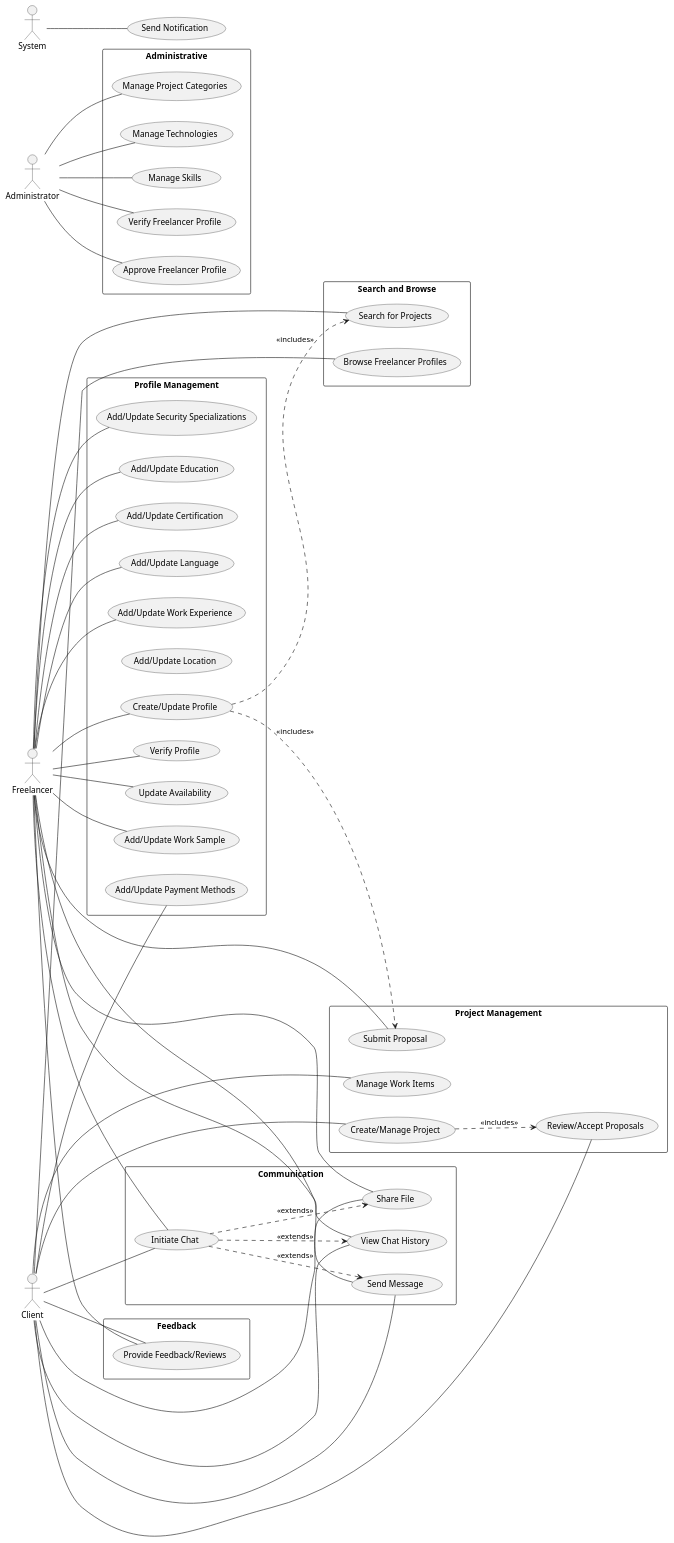
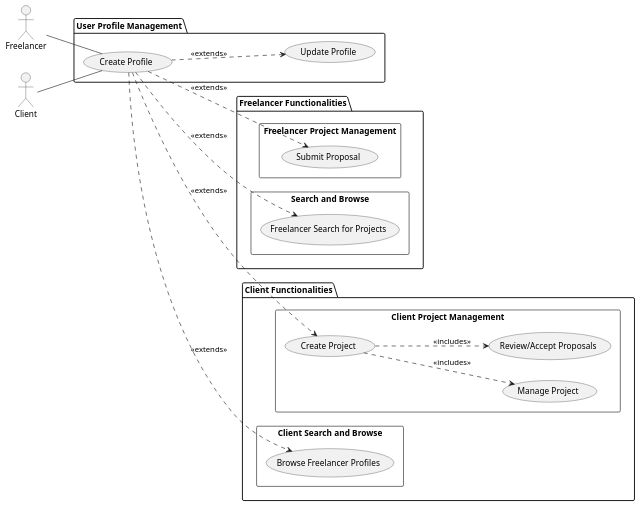
The diagram in docs/casosdeuso.puml (lucasneiva/armoredcode), drawn with PlantUML before and after one commit. The commit also changed 3 other files, not shown here.

```diff
--- a/docs/casosdeuso.puml
+++ b/docs/casosdeuso.puml
@@ -1,100 +1,42 @@
-@startuml teste
-
+@startuml usecase diagram
 left to right direction
 
 actor Freelancer
 actor Client
-actor Administrator
-actor System
 
-usecase "Send Notification" as UC44
-
-System -- UC44 
-
-rectangle "Profile Management" {
-  usecase "Create/Update Profile" as UC1
-  usecase "Verify Profile" as UC31
-  usecase "Update Availability" as UC3
-  usecase "Add/Update Work Sample" as UC2
-  usecase "Add/Update Security Specializations" as UC4
-  usecase "Add/Update Location"
-  usecase "Add/Update Education" as UC26
-  usecase "Add/Update Certification" as UC27
-  usecase "Add/Update Language" as UC28
-  usecase "Add/Update Work Experience" as UC29
-  usecase "Add/Update Payment Methods" as UC20
+package "User Profile Management" {
+  usecase "Create Profile" as UC1
+  usecase "Update Profile" as UC3 
 }
 
-rectangle "Project Management" {
-  usecase "Submit Proposal" as UC6
-  usecase "Create/Manage Project" as UC7
-  usecase "Manage Work Items" as UC8
-  usecase "Review/Accept Proposals" as UC9
+package "Freelancer Functionalities" {
+  rectangle "Freelancer Project Management" {
+    usecase "Submit Proposal" as UC6 
+  }
+  rectangle "Search and Browse" {
+    usecase "Freelancer Search for Projects" as UC5
+  }
 }
 
-rectangle "Communication" {
-  usecase "Initiate Chat" as UC10
-  usecase "Send Message" as UC11
-  usecase "Share File" as UC12
-  usecase "View Chat History" as UC13
-}
-
-rectangle "Feedback" {
-  usecase "Provide Feedback/Reviews" as UC17
-}
-
-rectangle "Administrative" {
-  usecase "Manage Project Categories" as UC22
-  usecase "Manage Technologies" as UC33
-  usecase "Manage Skills" as UC37
-  usecase "Verify Freelancer Profile" as UC34
-  usecase "Approve Freelancer Profile" as UC35
-}
-
-rectangle "Search and Browse" {
-  usecase "Search for Projects" as UC5
-  usecase "Browse Freelancer Profiles" as UC25
+package "Client Functionalities" {
+  rectangle "Client Project Management" {
+    usecase "Create Project" as UC7
+    usecase "Manage Project" as UC8
+    usecase "Review/Accept Proposals" as UC9
+  }
+  rectangle "Client Search and Browse" {
+    usecase "Browse Freelancer Profiles" as UC25
+  } 
 }
 
 Freelancer -- UC1
-Freelancer -- UC2
-Freelancer -- UC3
-Freelancer -- UC4
-Freelancer -- UC26
-Freelancer -- UC27
-Freelancer -- UC28
-Freelancer -- UC29
-Freelancer -- UC31
-Freelancer -- UC5
-Freelancer -- UC6
-Freelancer -- UC10
-Freelancer -- UC11
-Freelancer -- UC12
-Freelancer -- UC13
-Freelancer -- UC17
+Client -- UC1
 
-Client -- UC7
-Client -- UC8
-Client -- UC9
-Client -- UC10
-Client -- UC11
-Client -- UC12
-Client -- UC13
-Client -- UC17
-Client -- UC20
-Client -- UC25
-
-Administrator -- UC33
-Administrator -- UC22
-Administrator -- UC34
-Administrator -- UC35
-Administrator -- UC37
-
-UC1 ..> UC5 : <<includes>>
-UC1 ..> UC6 : <<includes>>
+UC1 ..> UC3 : <<extends>>
+UC1 ..> UC5 : <<extends>>
+UC1 ..> UC6 : <<extends>> 
+UC7 ..> UC8 : <<includes>> 
+UC1 ..> UC25 : <<extends>> 
+UC1 ..> UC7 : <<extends>> 
 UC7 ..> UC9 : <<includes>>
-UC10 ..> UC11 : <<extends>>
-UC10 ..> UC12 : <<extends>>
-UC10 ..> UC13 : <<extends>>
-
 @enduml
```
